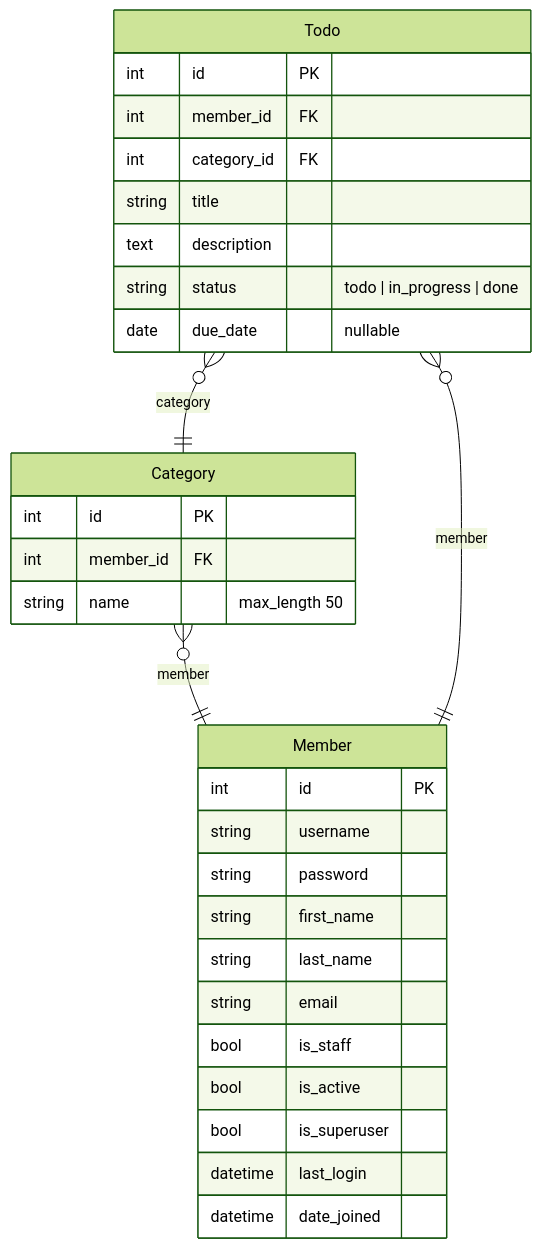
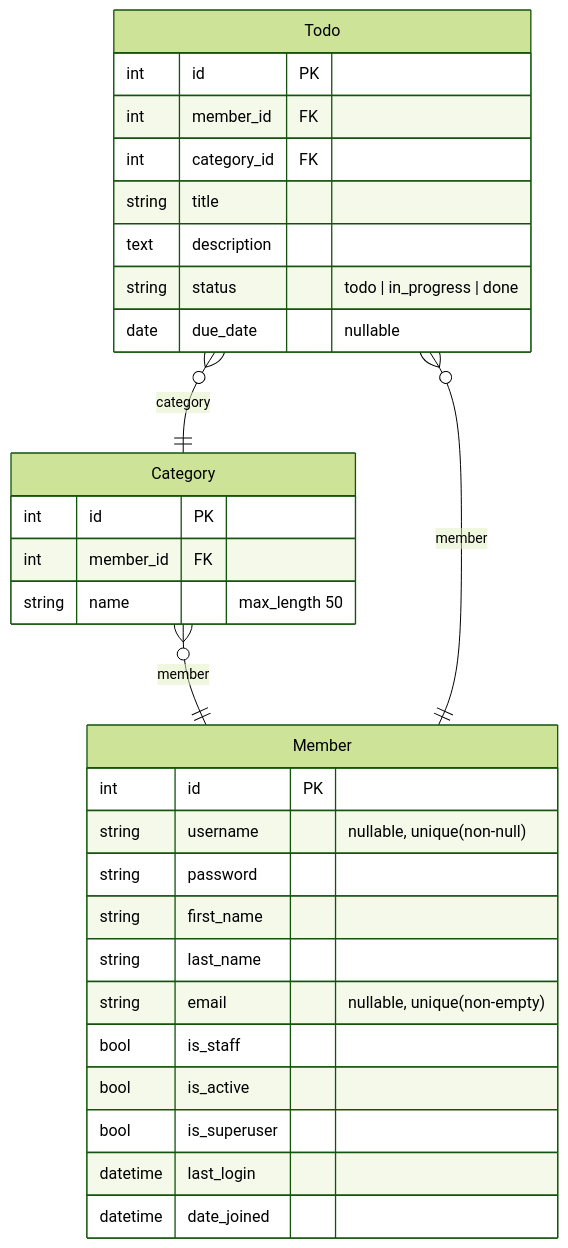
The diagram in docs/erd.md (CS-yorisa/TODO-YORISA), drawn with Mermaid (forest theme) before and after one commit. The commit also changed 25 other files, not shown here.

````diff
--- a/docs/erd.md
+++ b/docs/erd.md
@@ -3,33 +3,33 @@
 ```mermaid
 erDiagram
     Member {
         int id PK
-        string username
+        string username "nullable, unique(non-null)"
         string password
         string first_name
         string last_name
-        string email
+        string email "nullable, unique(non-empty)"
         bool is_staff
         bool is_active
         bool is_superuser
         datetime last_login
         datetime date_joined
     }
     Category {
         int id PK
         int member_id FK
         string name "max_length 50"
     }
     Todo {
         int id PK
         int member_id FK
         int category_id FK
         string title
         text description
         string status "todo | in_progress | done"
         date due_date "nullable"
     }
     Category }o--|| Member : "member"
     Todo }o--|| Member : "member"
     Todo }o--|| Category : "category"
 ```
````
